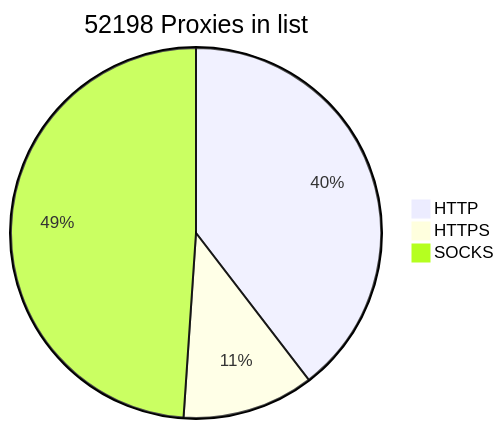
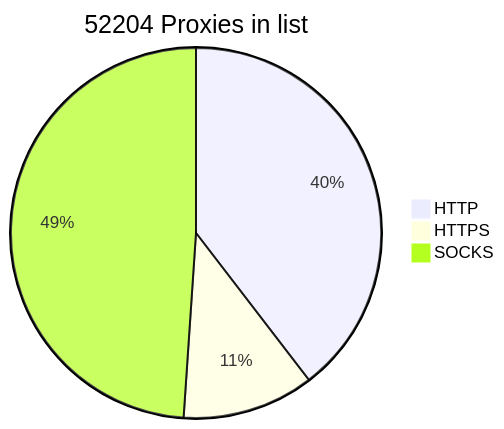
Before and after one commit to BlackSnowDot/proxylist-update-every-minute: the diagram in README.md, drawn with Mermaid.

````diff
--- a/README.md
+++ b/README.md
@@ -2,6 +2,6 @@
 ```mermaid
-pie title 52198 Proxies in list
+pie title 52204 Proxies in list
     "HTTP" : 22998
     "HTTPS": 6681
-    "SOCKS" : 28431
+    "SOCKS" : 28437
 ```
````
